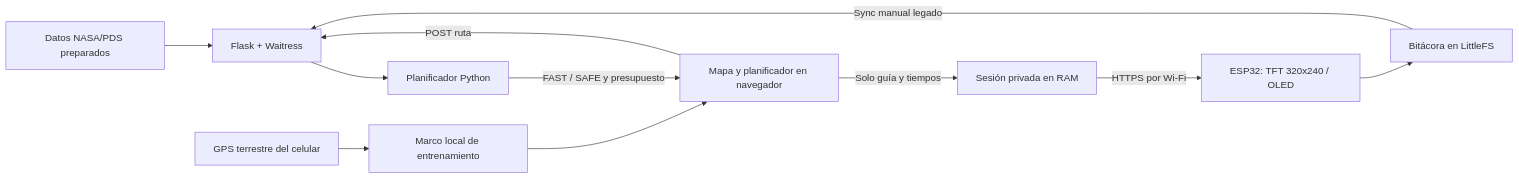
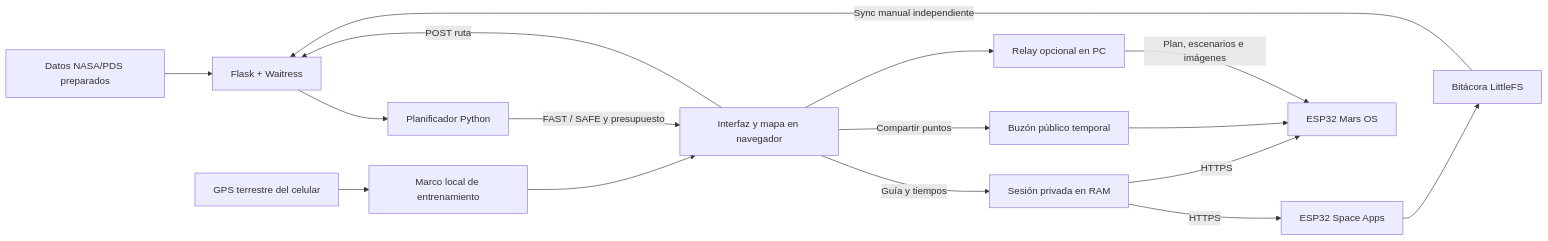
The diagram in docs/ARQUITECTURA.md (FULLY4425/Rutamarciana), drawn with Mermaid before and after one commit. The commit also changed other lines of this file and 9 other files, not shown here.

````diff
--- a/docs/ARQUITECTURA.md
+++ b/docs/ARQUITECTURA.md
@@ -7,13 +7,18 @@
 ```mermaid
 flowchart LR
     Assets[Datos NASA/PDS preparados] --> Flask[Flask + Waitress]
-    Web[Mapa y planificador en navegador] -->|POST ruta| Flask
+    Web[Interfaz y mapa en navegador] -->|POST ruta| Flask
     Flask --> Python[Planificador Python]
     Python -->|FAST / SAFE y presupuesto| Web
     GPS[GPS terrestre del celular] --> Local[Marco local de entrenamiento]
     Local --> Web
-    Web -->|Solo guía y tiempos| RAM[Sesión privada en RAM]
-    RAM -->|HTTPS por Wi-Fi| ESP[ESP32: TFT 320x240 / OLED]
-    ESP --> FS[Bitácora en LittleFS]
-    FS -->|Sync manual legado| Flask
+    Web -->|Guía y tiempos| RAM[Sesión privada en RAM]
+    RAM -->|HTTPS| Base[ESP32 Space Apps]
+    RAM -->|HTTPS| Watch[ESP32 Mars OS]
+    Web -->|Compartir puntos| Mail[Buzón público temporal]
+    Mail --> Watch
+    Web --> PC[Relay opcional en PC]
+    PC -->|Plan, escenarios e imágenes| Watch
+    Base --> FS[Bitácora LittleFS]
+    FS -->|Sync manual independiente| Flask
 ```
````
